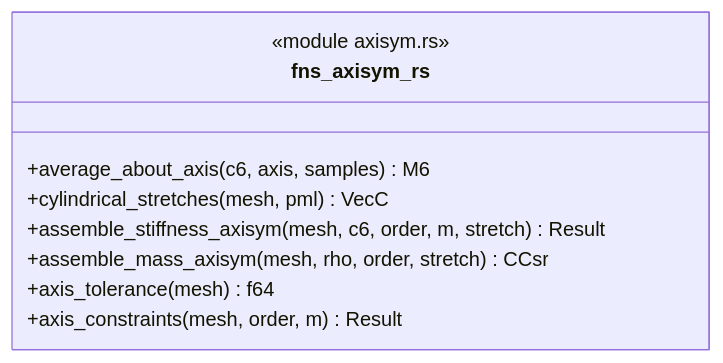
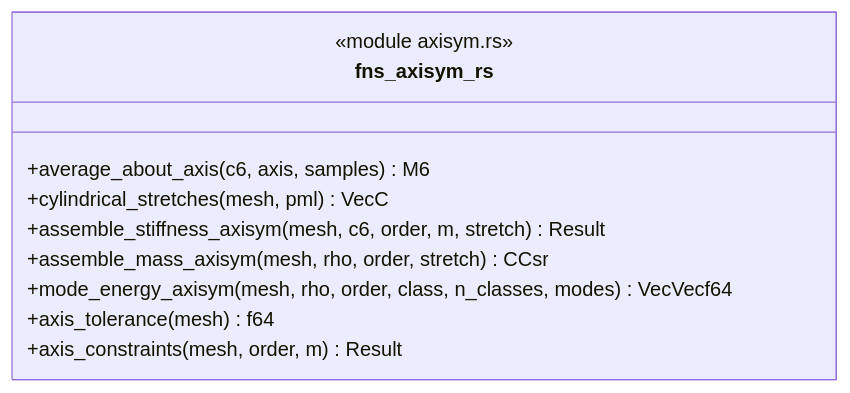
Before and after one commit to p-j-r/nyx: the diagram in docs/architecture/c4/4-code/sms/axisym.md, drawn with Mermaid. The commit also changed other lines of this file and 33 other files, not shown here.

````diff
--- a/docs/architecture/c4/4-code/sms/axisym.md
+++ b/docs/architecture/c4/4-code/sms/axisym.md
@@ -33,12 +33,13 @@
 ```mermaid
 classDiagram
   class fns_axisym_rs {
       <<module axisym.rs>>
       +average_about_axis(c6, axis, samples) M6
       +cylindrical_stretches(mesh, pml) VecC
       +assemble_stiffness_axisym(mesh, c6, order, m, stretch) Result
       +assemble_mass_axisym(mesh, rho, order, stretch) CCsr
+      +mode_energy_axisym(mesh, rho, order, class, n_classes, modes) VecVecf64
       +axis_tolerance(mesh) f64
       +axis_constraints(mesh, order, m) Result
   }
 ```
````
